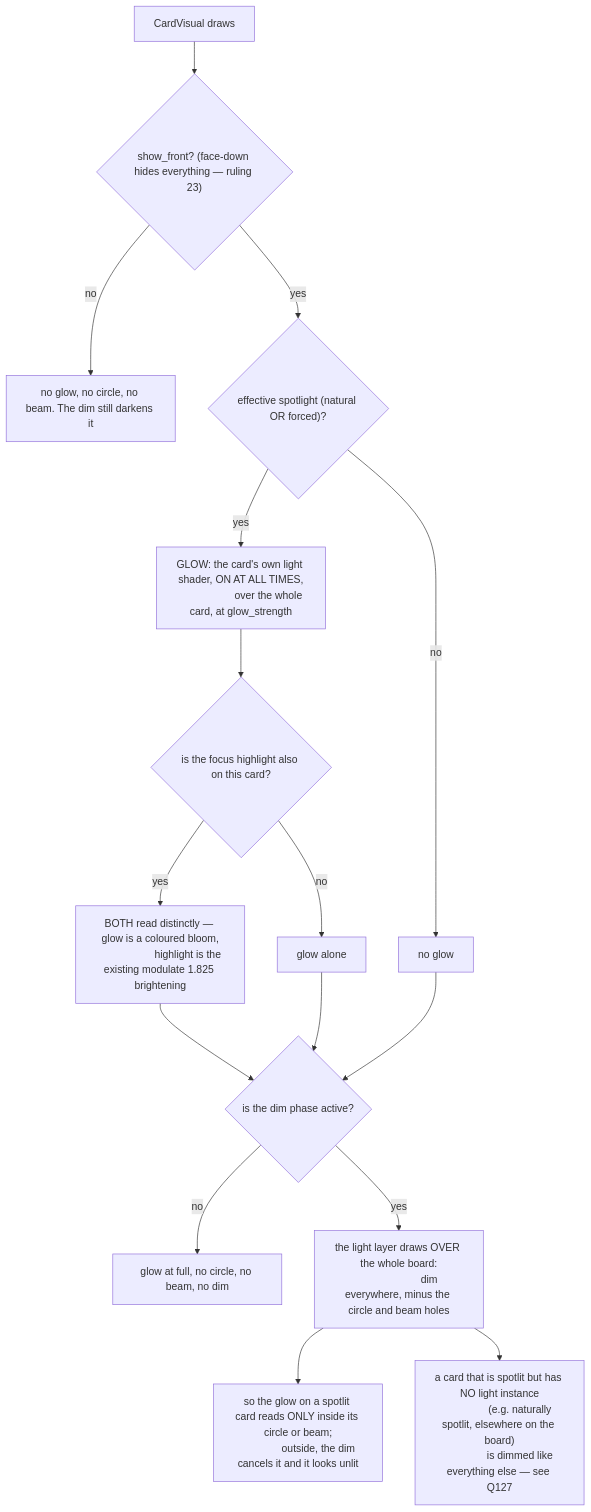
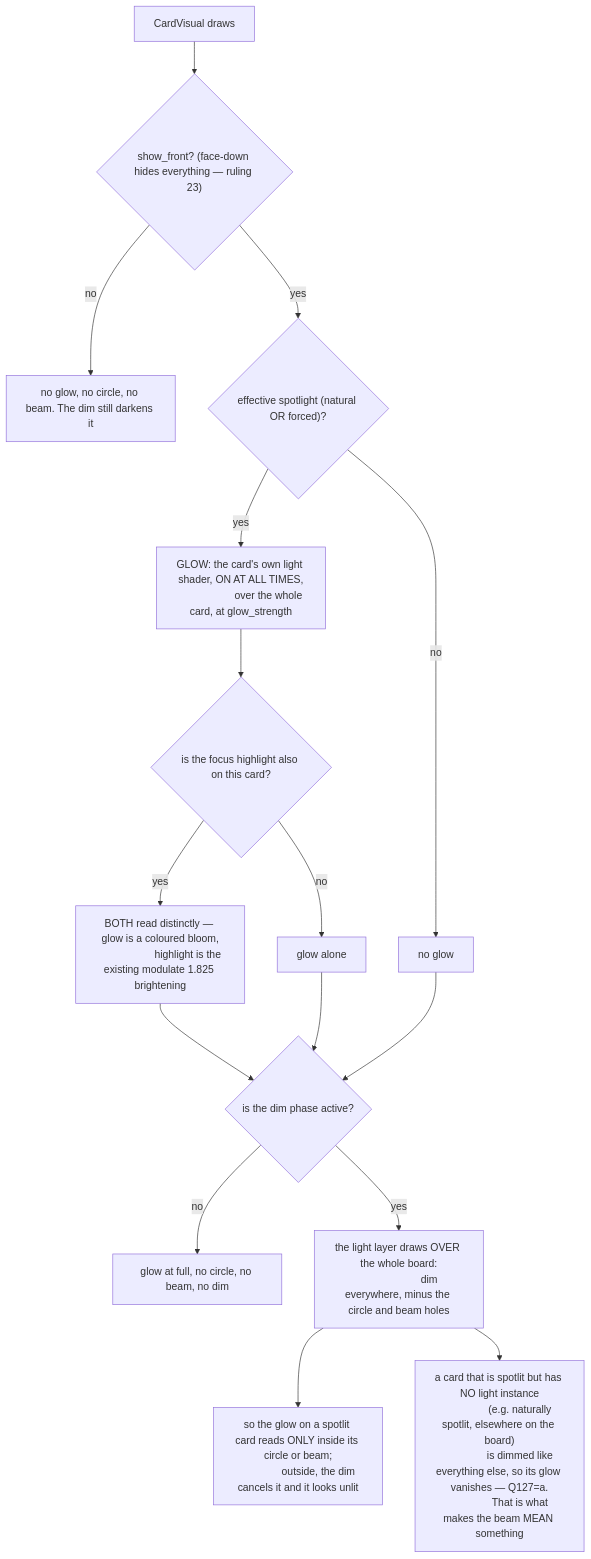
Before and after one commit to ucsdRgross/gamedev: the eighth of 19 diagrams in solatro/design/spotlight/DESIGN.md, drawn with Mermaid. The commit also changed other lines of this file and 25 other files, not shown here.

````diff
--- a/solatro/design/spotlight/DESIGN.md
+++ b/solatro/design/spotlight/DESIGN.md
@@ -643,24 +957,25 @@
 ```mermaid
 flowchart TD
   G1["CardVisual draws"] --> G2{"show_front? (face-down hides everything — ruling 23)"}
   G2 -- no --> G3["no glow, no circle, no beam. The dim still darkens it"]
   G2 -- yes --> G4{"effective spotlight (natural OR forced)?"}
   G4 -- no --> G5["no glow"]
   G4 -- yes --> G6["GLOW: the card's own light shader, ON AT ALL TIMES,
                     over the whole card, at glow_strength"]
   G6 --> G7{"is the focus highlight also on this card?"}
   G7 -- yes --> G8["BOTH read distinctly — glow is a coloured bloom,
                     highlight is the existing modulate 1.825 brightening"]
   G7 -- no --> G9["glow alone"]
   G8 --> G10{"is the dim phase active?"}
   G9 --> G10
   G5 --> G10
   G10 -- no --> G11["glow at full, no circle, no beam, no dim"]
   G10 -- yes --> G12["the light layer draws OVER the whole board:
                       dim everywhere, minus the circle and beam holes"]
   G12 --> G13["so the glow on a spotlit card reads ONLY inside its circle or beam;
                outside, the dim cancels it and it looks unlit"]
   G12 --> G14["a card that is spotlit but has NO light instance
                (e.g. naturally spotlit, elsewhere on the board)
-               is dimmed like everything else — see Q127"]
+               is dimmed like everything else, so its glow vanishes — Q127=a.
+               That is what makes the beam MEAN something"]
 ```
````
